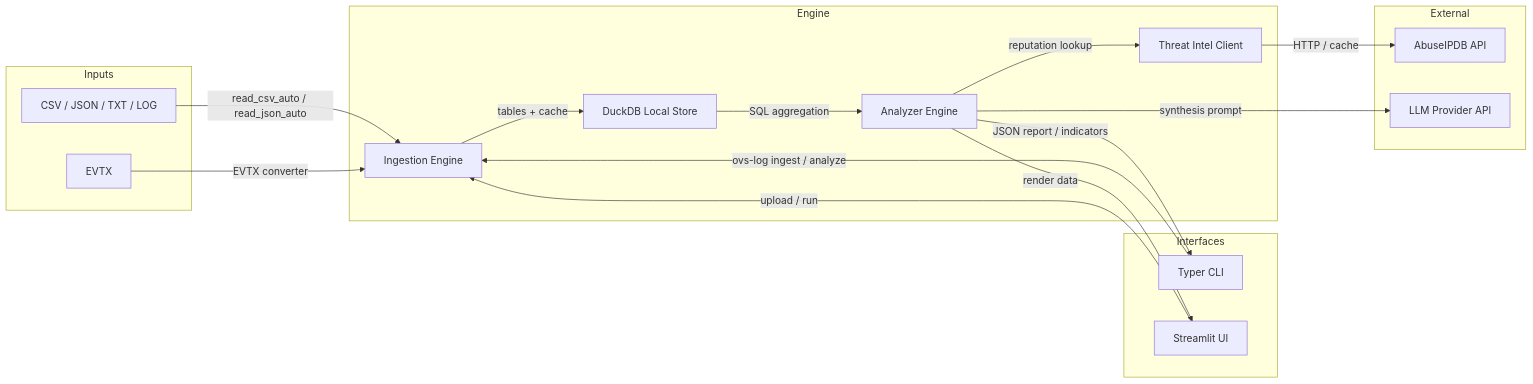
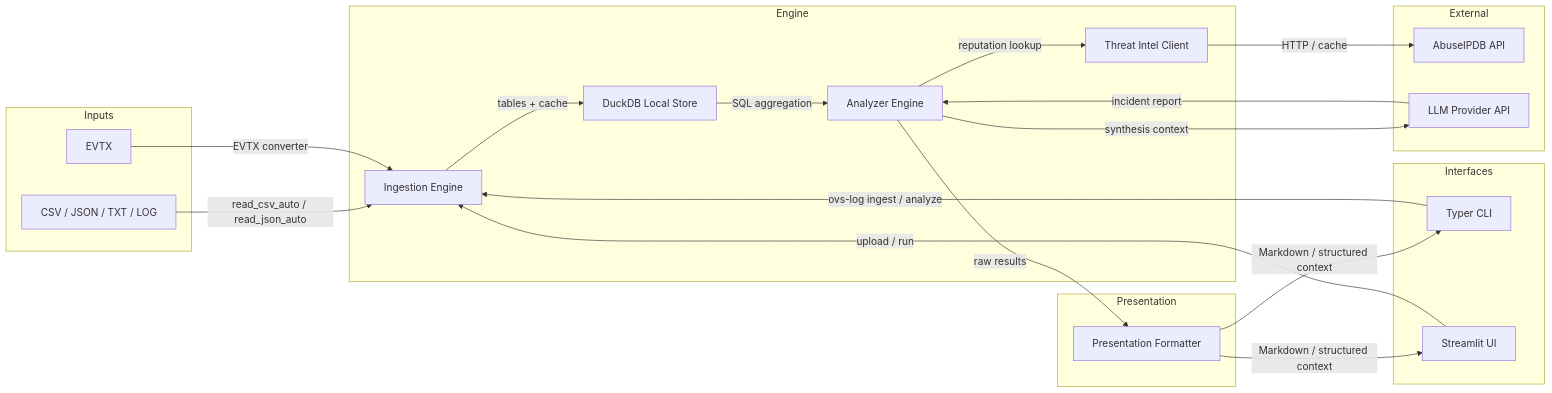
Before and after one commit to doubledare704/ovs-logs: the first of 2 diagrams in docs/architecture.md, drawn with Mermaid. The commit also changed other lines of this file and 6 other files, not shown here.

First line of the commit message:
feat: add source IP sequence SQL template and enhance context formatting (#30)

````diff
--- a/docs/architecture.md
+++ b/docs/architecture.md
@@ -27,33 +28,38 @@
 ```mermaid
 graph LR
     subgraph Inputs
         A1[CSV / JSON / TXT / LOG]
         A2[EVTX]
     end
     subgraph Interfaces
         B1[Typer CLI]
         B2[Streamlit UI]
     end
     subgraph Engine
         C1[Ingestion Engine]
         C2[DuckDB Local Store]
         C3[Analyzer Engine]
         C4[Threat Intel Client]
     end
+    subgraph Presentation
+        D1[Presentation Formatter]
+    end
     subgraph External
         E1[AbuseIPDB API]
         E2[LLM Provider API]
     end
 
     A1 -->|read_csv_auto / read_json_auto| C1
     A2 -->|EVTX converter| C1
     B1 -->|ovs-log ingest / analyze| C1
     B2 -->|upload / run| C1
     C1 -->|tables + cache| C2
     C2 -->|SQL aggregation| C3
     C3 -->|reputation lookup| C4
     C4 -->|HTTP / cache| E1
-    C3 -->|synthesis prompt| E2
-    C3 -->|JSON report / indicators| B1
-    C3 -->|render data| B2
+    C3 -->|raw results| D1
+    D1 -->|Markdown / structured context| B1
+    D1 -->|Markdown / structured context| B2
+    C3 -->|synthesis context| E2
+    E2 -->|incident report| C3
 ```
````
